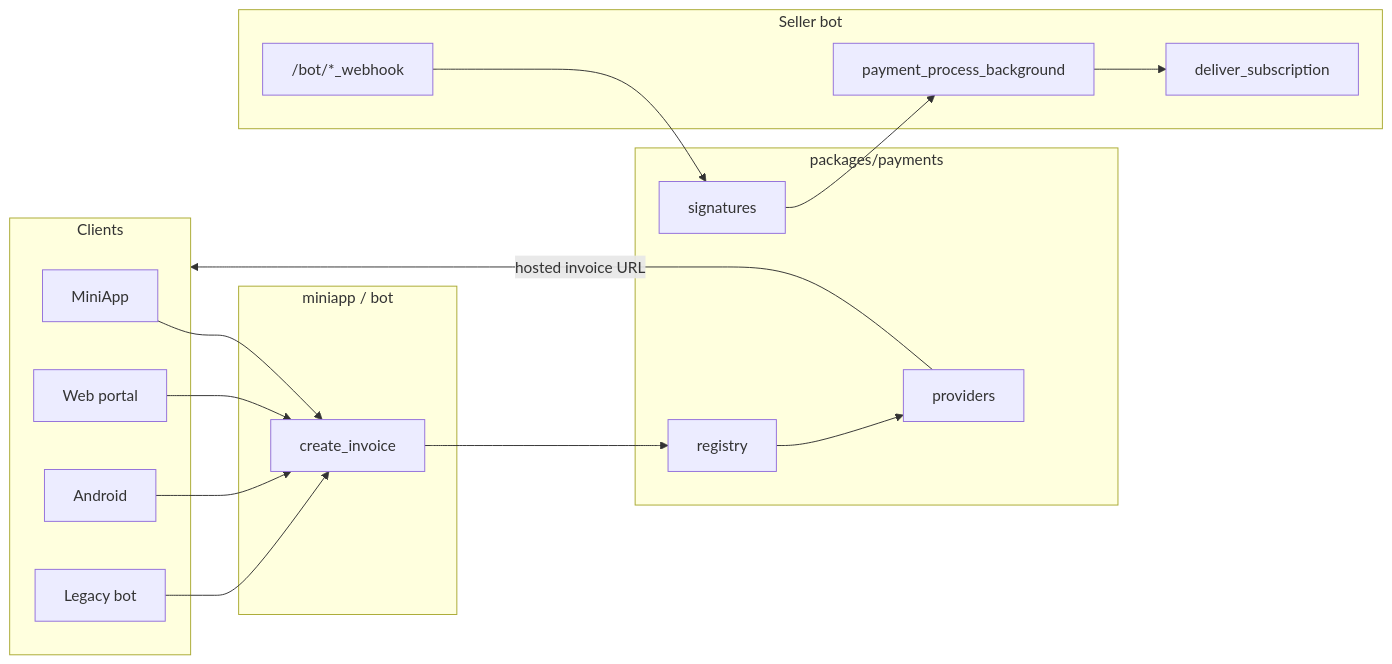
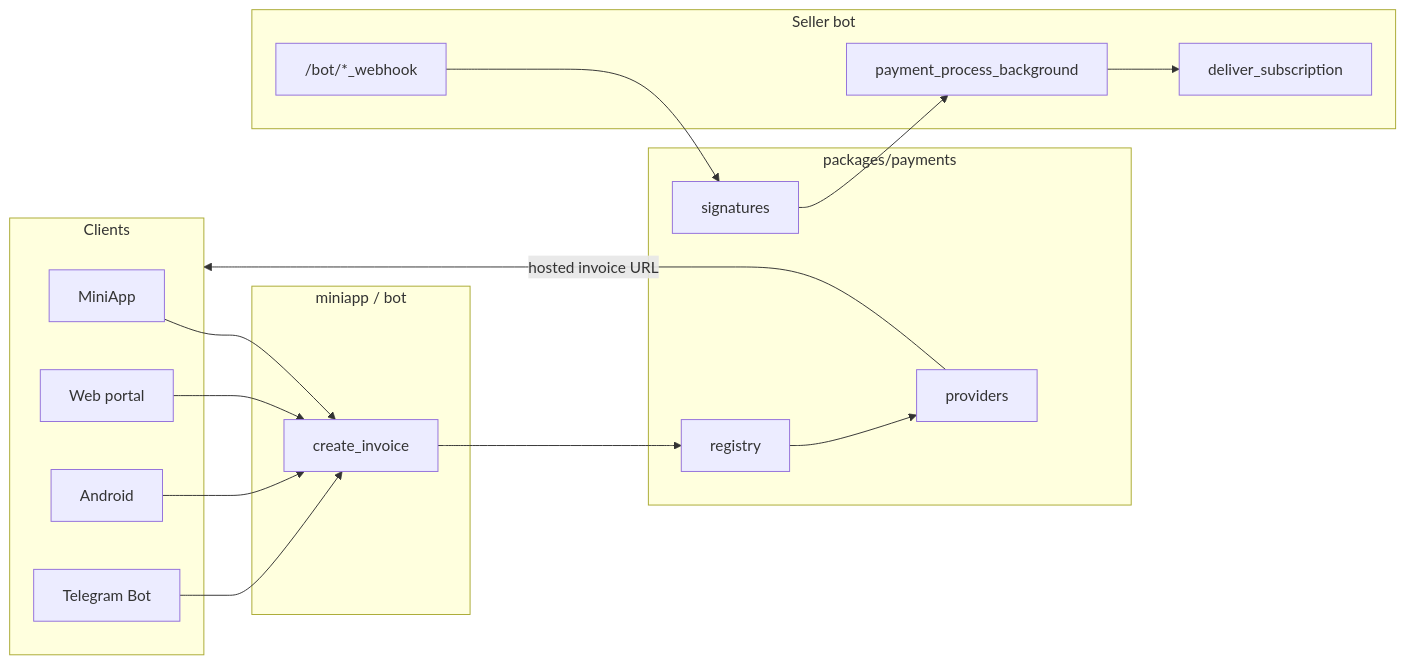
Before and after one commit to l0nelynx/xray-vpn-bot: the diagram in docs/payment-gateways.md, drawn with Mermaid. The commit also changed other lines of this file and 152 other files, not shown here.

````diff
--- a/docs/payment-gateways.md
+++ b/docs/payment-gateways.md
@@ -9,31 +9,31 @@
 ```mermaid
 flowchart LR
     subgraph clients [Clients]
         MA[MiniApp]
         WP[Web portal]
         AND[Android]
-        BOT[Legacy bot]
+        BOT[Telegram Bot]
     end
 
     subgraph miniapp_svc [miniapp / bot]
         INV[create_invoice]
     end
 
     subgraph pkg [packages/payments]
         REG[registry]
         PROV[providers]
         SIG[signatures]
     end
 
     subgraph delivery [Seller bot]
         WH["/bot/*_webhook"]
         PP[payment_process_background]
         DEL[deliver_subscription]
     end
 
     MA & WP & AND & BOT --> INV
     INV --> REG --> PROV
     PROV -->|hosted invoice URL| clients
     WH --> SIG
     SIG --> PP --> DEL
 ```
````
